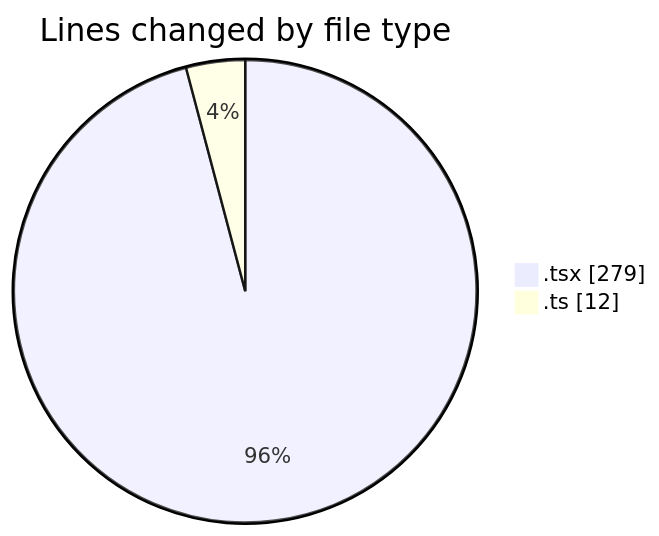
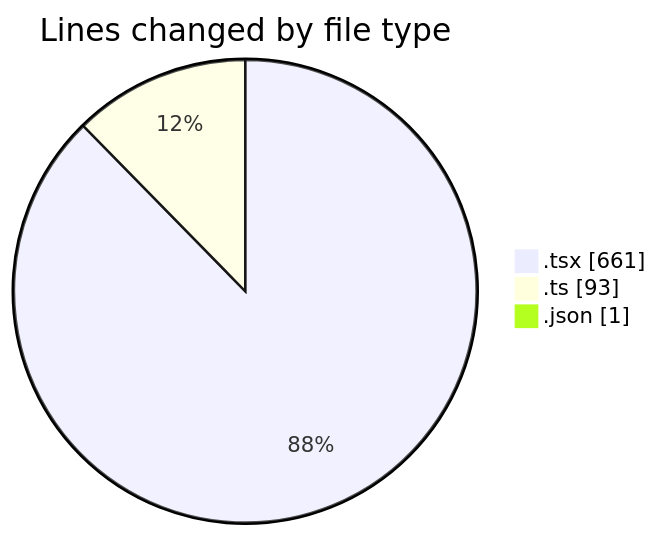
The first of 2 diagrams in 2026-09-17/cda/README.md (momahboobian/code-tracking), drawn with Mermaid before and after one commit. The commit also changed other lines of this file and 1 other file, not shown here.

````diff
--- a/2026-09-17/cda/README.md
+++ b/2026-09-17/cda/README.md
@@ -23,6 +31,7 @@
 ```mermaid
 pie showData
 title Lines changed by file type
-".tsx" : 279
-".ts" : 12
+".tsx" : 661
+".ts" : 93
+".json" : 1
 ```
````
